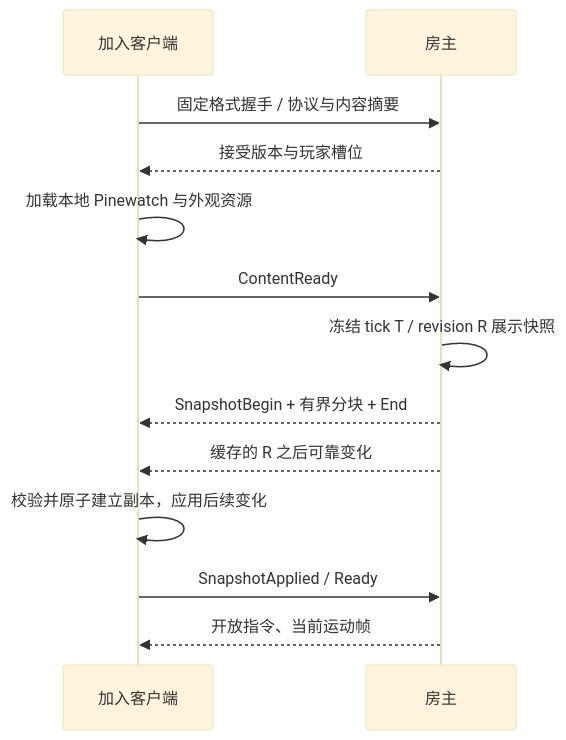
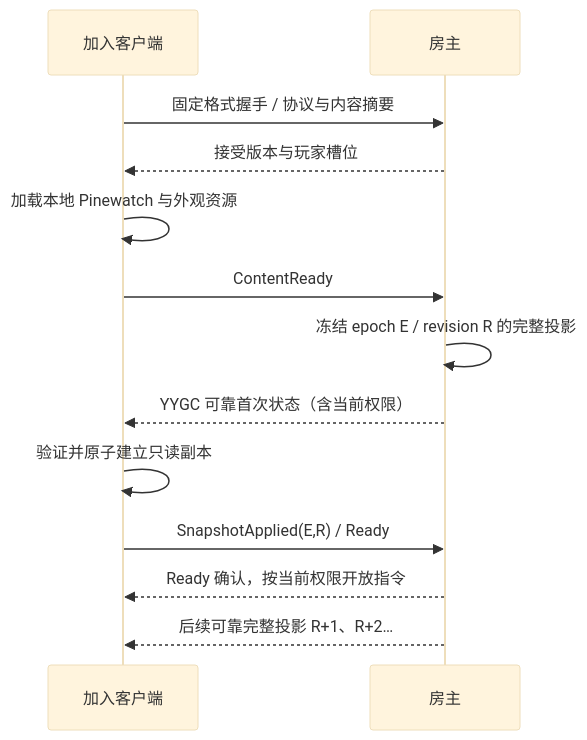
Before and after one commit to surgame/dark-night-unity: the diagram in docs/MULTIPLAYER.md, drawn with Mermaid (base theme). The commit also changed other lines of this file and 8 other files, not shown here.

````diff
--- a/docs/MULTIPLAYER.md
+++ b/docs/MULTIPLAYER.md
@@ -80,15 +109,15 @@
 ```mermaid
 sequenceDiagram
     participant C as 加入客户端
     participant H as 房主
     C->>H: 固定格式握手 / 协议与内容摘要
     H-->>C: 接受版本与玩家槽位
     C->>C: 加载本地 Pinewatch 与外观资源
     C->>H: ContentReady
-    H->>H: 冻结 tick T / revision R 展示快照
-    H-->>C: SnapshotBegin + 有界分块 + End
-    H-->>C: 缓存的 R 之后可靠变化
-    C->>C: 校验并原子建立副本，应用后续变化
-    C->>H: SnapshotApplied / Ready
-    H-->>C: 开放指令、当前运动帧
+    H->>H: 冻结 epoch E / revision R 的完整投影
+    H-->>C: YYGC 可靠首次状态（含当前权限）
+    C->>C: 验证并原子建立只读副本
+    C->>H: SnapshotApplied(E,R) / Ready
+    H-->>C: Ready 确认，按当前权限开放指令
+    H-->>C: 后续可靠完整投影 R+1、R+2…
 ```
````
